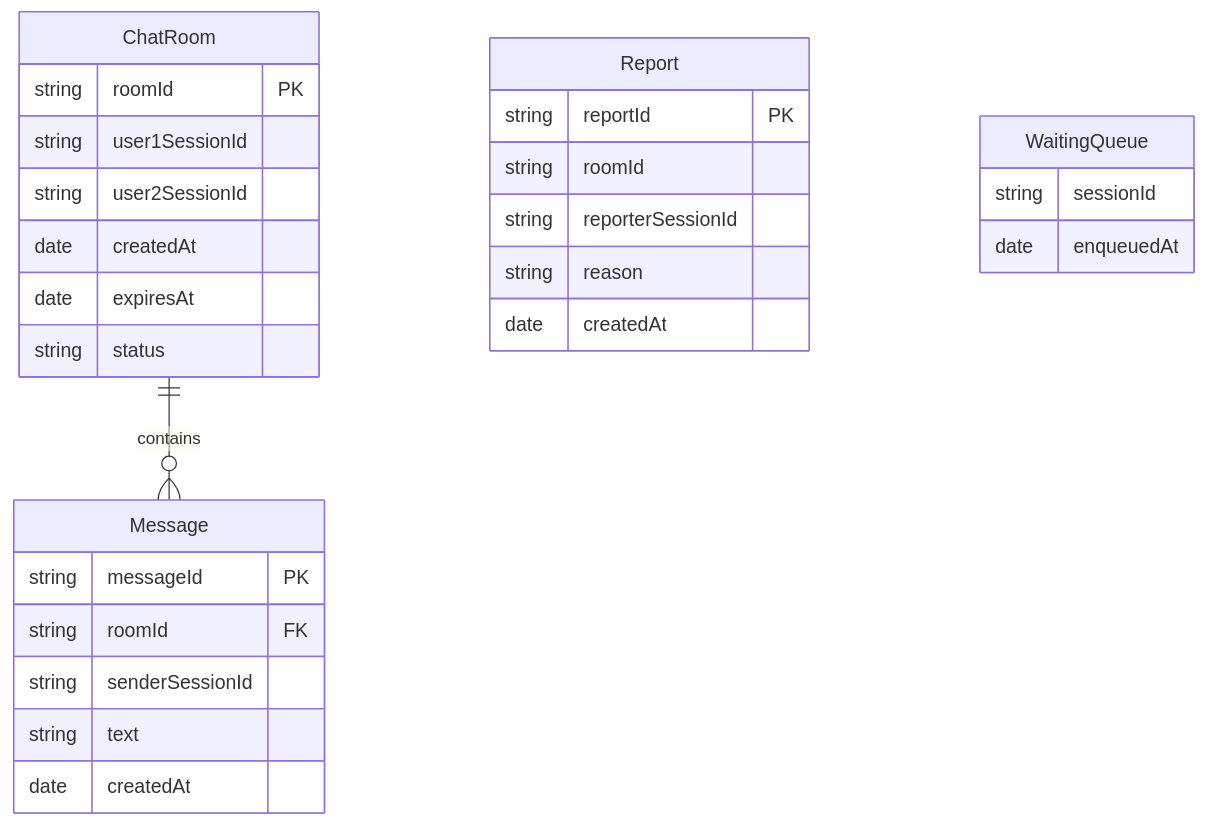
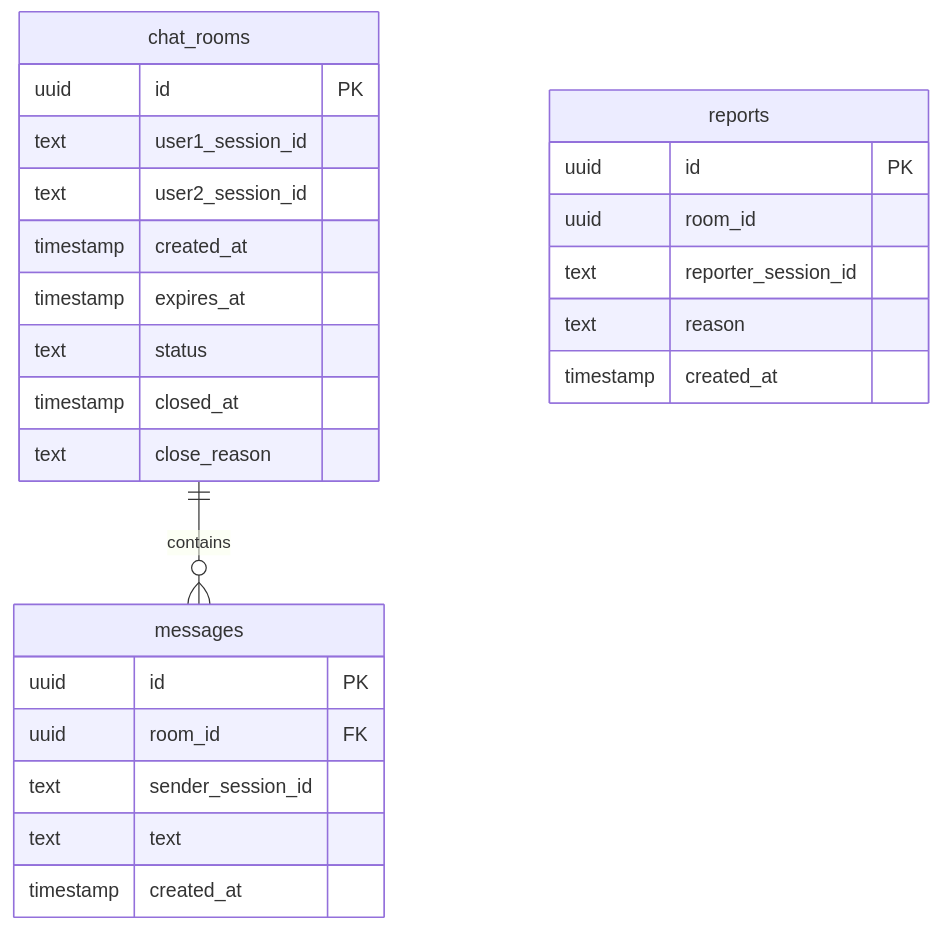
Before and after one commit to hiraaaken/cha-chat: the fifth of 7 diagrams in .kiro/specs/cha-chat/design.md, drawn with Mermaid. The commit also changed other lines of this file and 4 other files, not shown here.

````diff
--- a/.kiro/specs/cha-chat/design.md
+++ b/.kiro/specs/cha-chat/design.md
@@ -817,30 +999,28 @@
 ```mermaid
 erDiagram
-    ChatRoom ||--o{ Message : contains
-    ChatRoom {
-        string roomId PK
-        string user1SessionId
-        string user2SessionId
-        date createdAt
-        date expiresAt
-        string status
+    chat_rooms ||--o{ messages : contains
+    chat_rooms {
+        uuid id PK
+        text user1_session_id
+        text user2_session_id
+        timestamp created_at
+        timestamp expires_at
+        text status
+        timestamp closed_at
+        text close_reason
     }
-    Message {
-        string messageId PK
-        string roomId FK
-        string senderSessionId
-        string text
-        date createdAt
+    messages {
+        uuid id PK
+        uuid room_id FK
+        text sender_session_id
+        text text
+        timestamp created_at
     }
-    Report {
-        string reportId PK
-        string roomId
-        string reporterSessionId
-        string reason
-        date createdAt
-    }
-    WaitingQueue {
-        string sessionId
-        date enqueuedAt
+    reports {
+        uuid id PK
+        uuid room_id
+        text reporter_session_id
+        text reason
+        timestamp created_at
     }
 ```
````
